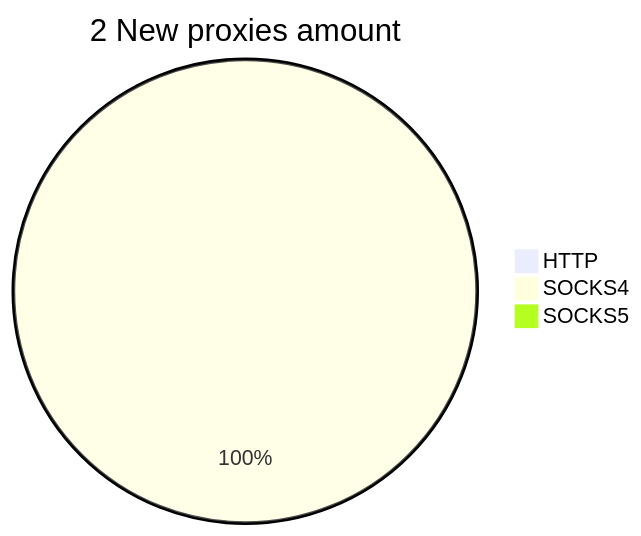
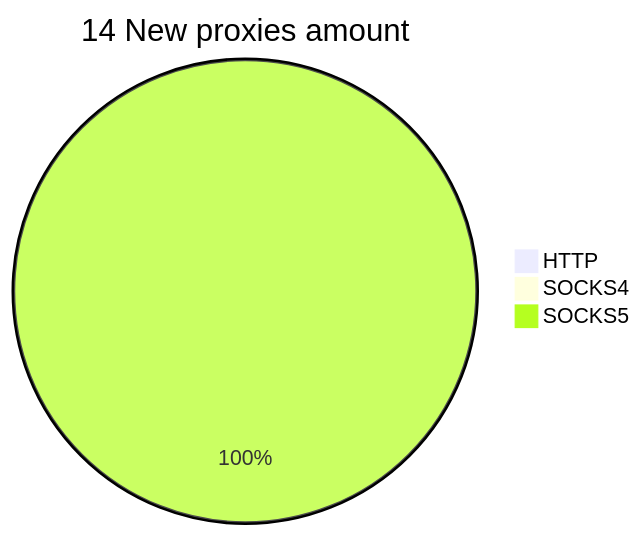
One commit to cutipu/proxylist changed the second of 2 diagrams in README.md. Above: the diagram before and after it, drawn with Mermaid. The commit also changed other lines of this file, not shown here.

````diff
--- a/README.md
+++ b/README.md
@@ -10,6 +10,6 @@
 ```mermaid
-pie title 2 New proxies amount
+pie title 14 New proxies amount
     "HTTP" : 0
-    "SOCKS4" : 2
-    "SOCKS5" : 0
+    "SOCKS4" : 0
+    "SOCKS5" : 14
 ```
````
